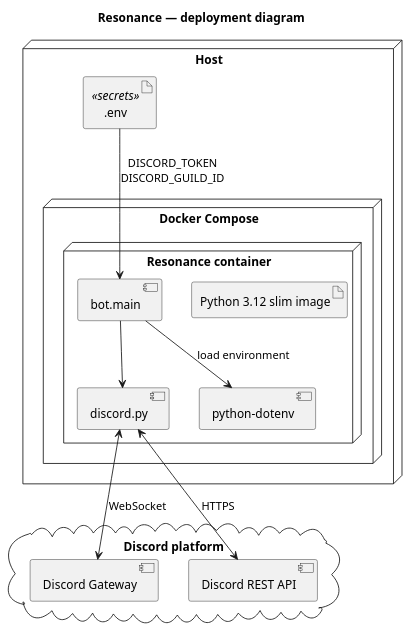
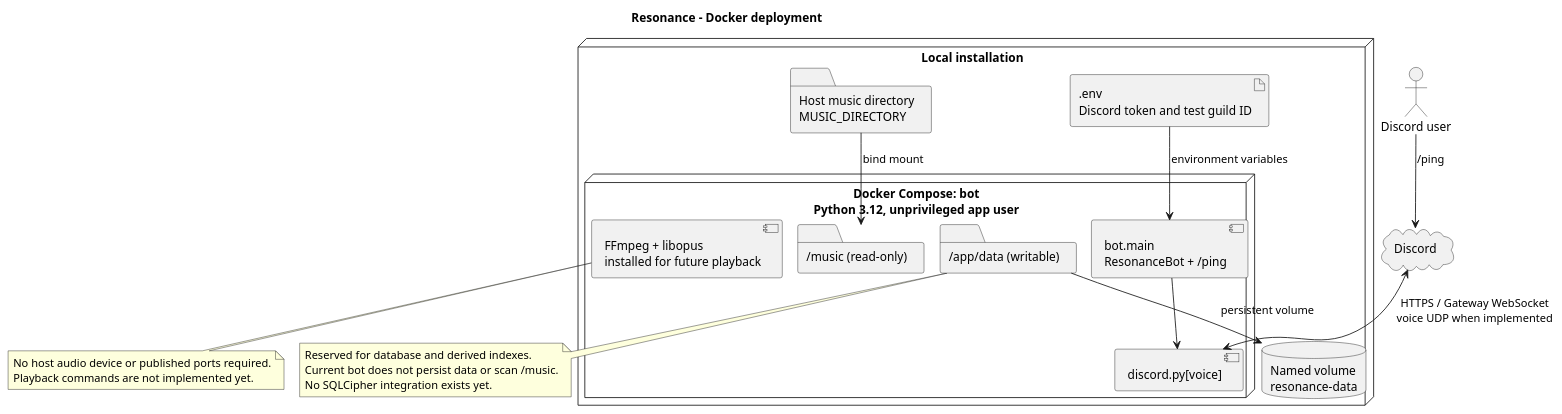
One commit to G10BAL/team-project changed the diagram in docs/architecture.puml. Above: the diagram before and after it, drawn with PlantUML. The commit also changed 15 other files, not shown here.

Commit message:
feat: prepare local music Docker runtime and render UML diagrams

```diff
--- a/docs/architecture.puml
+++ b/docs/architecture.puml
@@ -1,27 +1,34 @@
-@startuml Resonance deployment
-title Resonance — deployment diagram
-
-node "Host" {
-  artifact ".env" as env <<secrets>>
-  node "Docker Compose" {
-    node "Resonance container" {
-      artifact "Python 3.12 slim image" as image
-      component "bot.main" as bot
-      component "discord.py" as discordpy
-      component "python-dotenv" as dotenv
-    }
+@startuml
+!pragma layout smetana
+title Resonance - Docker deployment
+skinparam shadowing false
+node "Local installation" {
+  artifact ".env\nDiscord token and test guild ID" as env
+  folder "Host music directory\nMUSIC_DIRECTORY" as music
+  database "Named volume\nresonance-data" as data
+  node "Docker Compose: bot\nPython 3.12, unprivileged app user" {
+    component "bot.main\nResonanceBot + /ping" as bot
+    component "discord.py[voice]" as discord
+    component "FFmpeg + libopus\ninstalled for future playback" as audio
+    folder "/music (read-only)" as mount
+    folder "/app/data (writable)" as storage
   }
 }
-
-cloud "Discord platform" {
-  component "Discord Gateway" as gateway
-  component "Discord REST API" as rest
-}
-
-env --> bot : DISCORD_TOKEN\nDISCORD_GUILD_ID
-bot --> discordpy
-bot --> dotenv : load environment
-discordpy <--> gateway : WebSocket
-discordpy <--> rest : HTTPS
-
+cloud "Discord" as platform
+actor "Discord user" as user
+user --> platform : /ping
+platform <--> discord : HTTPS / Gateway WebSocket\nvoice UDP when implemented
+bot --> discord
+music --> mount : bind mount
+storage --> data : persistent volume
+env --> bot : environment variables
+note bottom of storage
+Reserved for database and derived indexes.
+Current bot does not persist data or scan /music.
+No SQLCipher integration exists yet.
+end note
+note bottom of audio
+No host audio device or published ports required.
+Playback commands are not implemented yet.
+end note
 @enduml
```
